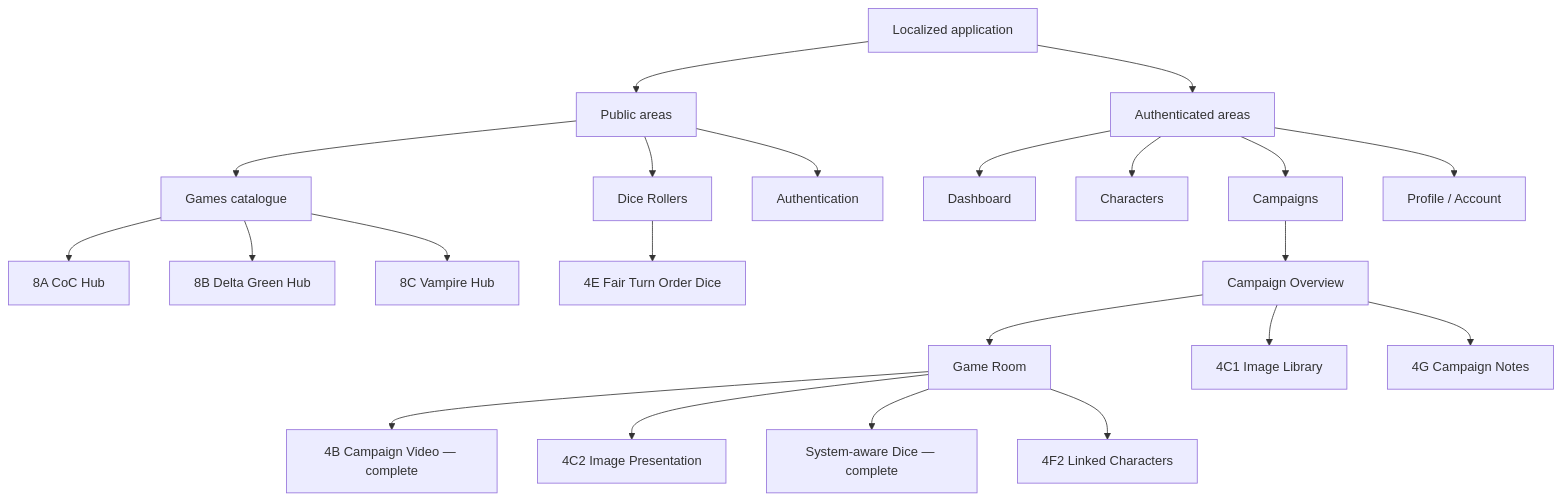
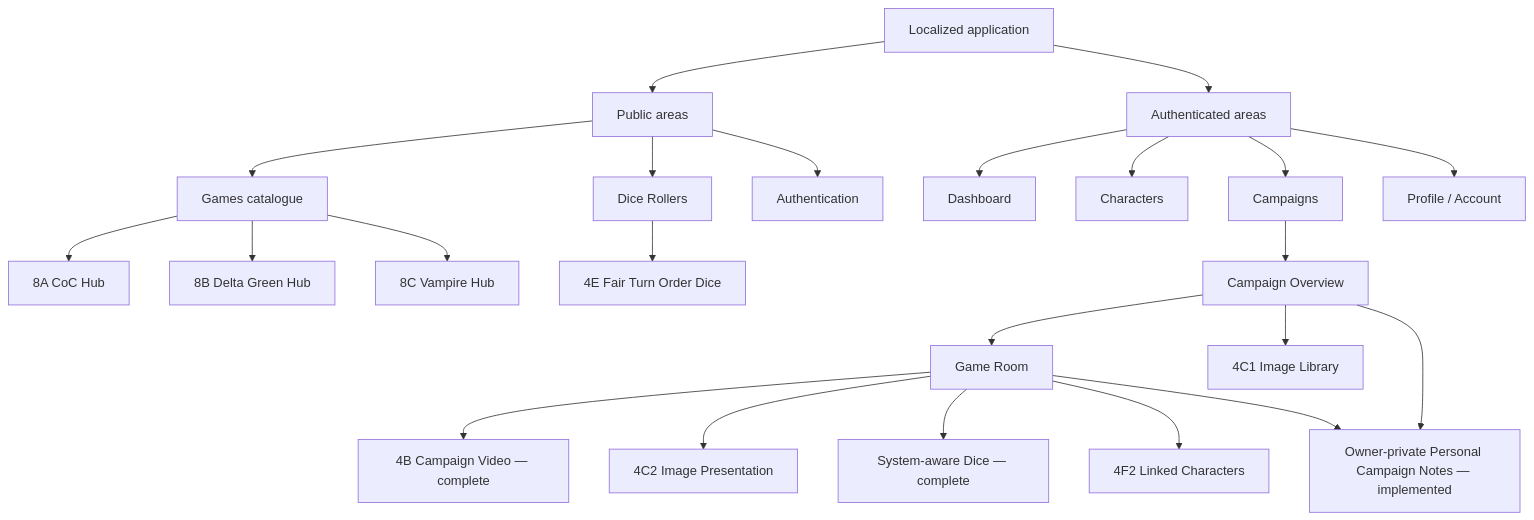
The diagram in docs/product/SITE_MAP_TARGET.md (Andrey-0101/ttrpg-website), drawn with Mermaid before and after one commit. The commit also changed other lines of this file and 21 other files, not shown here.

````diff
--- a/docs/product/SITE_MAP_TARGET.md
+++ b/docs/product/SITE_MAP_TARGET.md
@@ -17,24 +17,25 @@
 ```mermaid
 flowchart TD
     ROOT["Localized application"] --> PUBLIC["Public areas"]
     ROOT --> PRIVATE["Authenticated areas"]
     PUBLIC --> GAMES["Games catalogue"]
     PUBLIC --> DICE["Dice Rollers"]
     DICE --> GO_FIRST_DICE["4E Fair Turn Order Dice"]
     PUBLIC --> AUTH["Authentication"]
     PRIVATE --> DASHBOARD["Dashboard"]
     PRIVATE --> CHARACTERS["Characters"]
     PRIVATE --> CAMPAIGNS["Campaigns"]
     PRIVATE --> ACCOUNT["Profile / Account"]
     CAMPAIGNS --> CAMPAIGN["Campaign Overview"]
     CAMPAIGN --> GAME_ROOM["Game Room"]
     CAMPAIGN --> IMAGE_LIBRARY["4C1 Image Library"]
     GAME_ROOM --> VIDEO["4B Campaign Video — complete"]
     GAME_ROOM --> IMAGE_DISPLAY["4C2 Image Presentation"]
     GAME_ROOM --> SYSTEM_DICE["System-aware Dice — complete"]
     GAME_ROOM --> LINKED_CHARACTERS["4F2 Linked Characters"]
-    CAMPAIGN --> NOTES["4G Campaign Notes"]
+    CAMPAIGN --> NOTES["Owner-private Personal Campaign Notes — implemented"]
+    GAME_ROOM --> NOTES
     GAMES --> COC_HUB["8A CoC Hub"]
     GAMES --> DG_HUB["8B Delta Green Hub"]
     GAMES --> VAMPIRE_HUB["8C Vampire Hub"]
 ```
````
